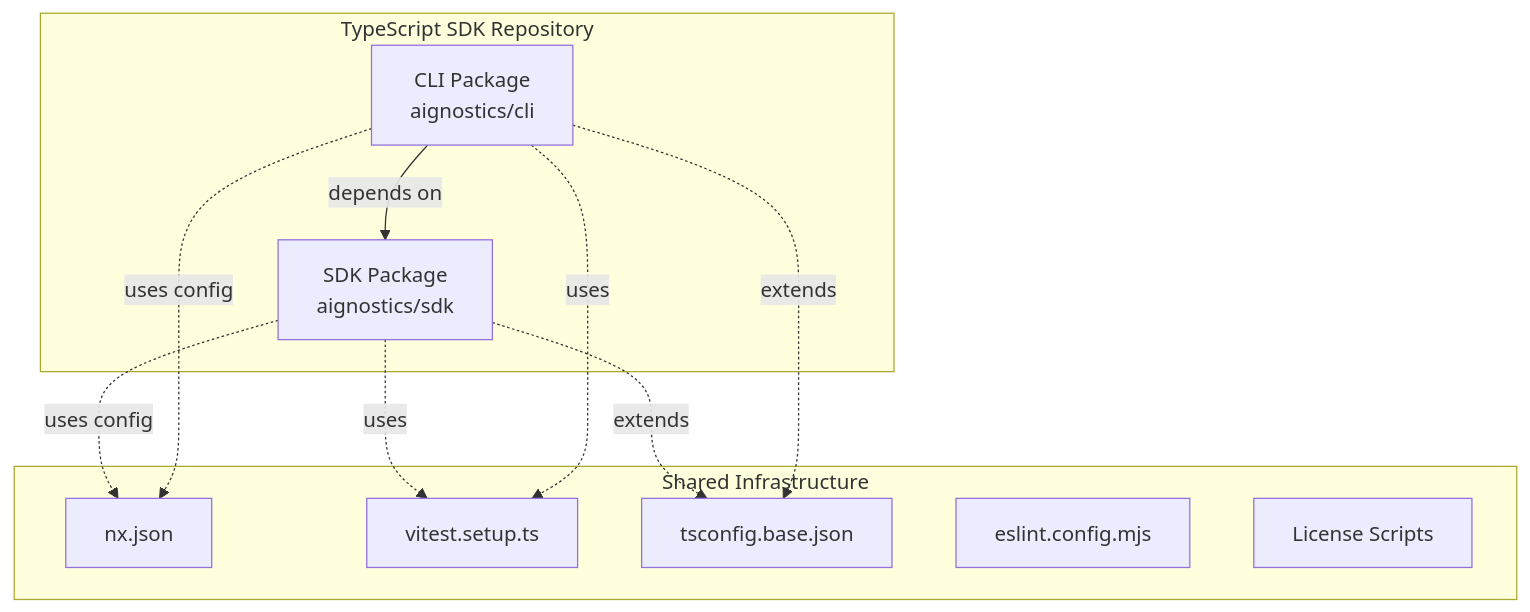
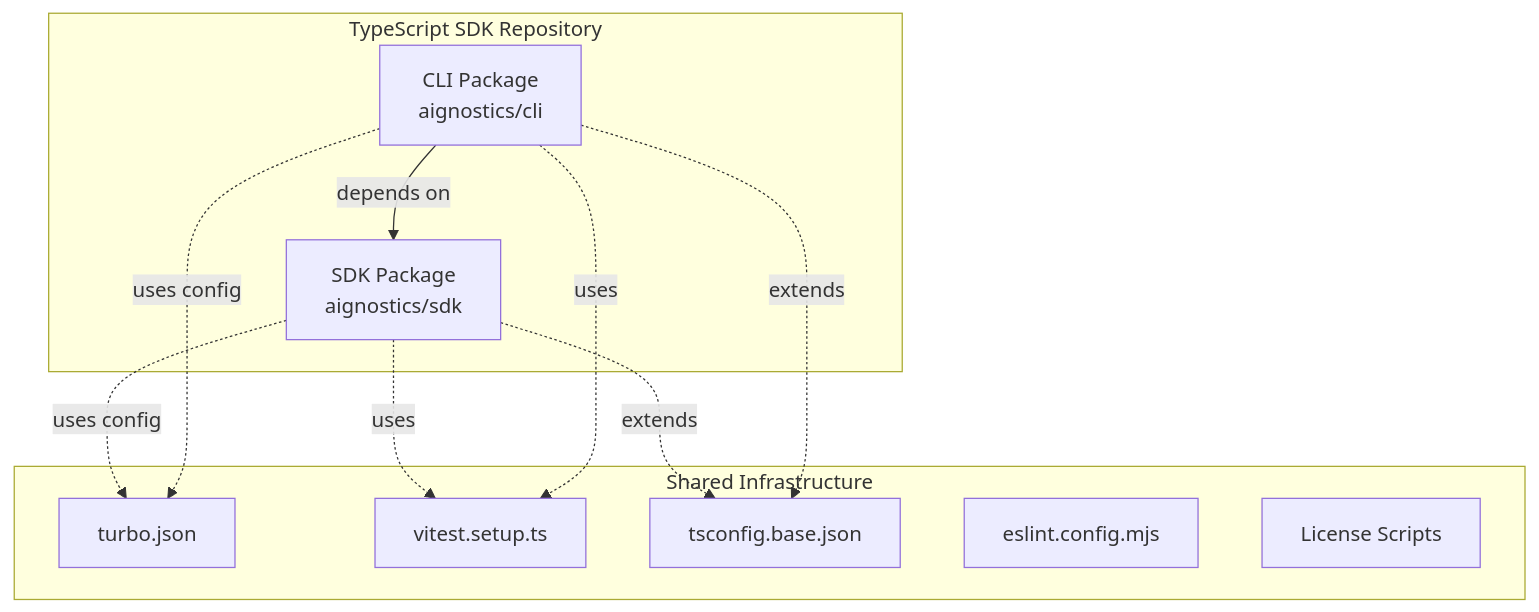
The third of 15 diagrams in docs/SOFTWARE_ARCHITECTURE.md (aignostics/typescript-sdk), drawn with Mermaid before and after one commit. The commit also changed other lines of this file and 20 other files, not shown here.

````diff
--- a/docs/SOFTWARE_ARCHITECTURE.md
+++ b/docs/SOFTWARE_ARCHITECTURE.md
@@ -213,23 +213,23 @@
 ```mermaid
 graph TB
     subgraph "TypeScript SDK Repository"
         SDK[SDK Package<br/>aignostics/sdk]
         CLI[CLI Package<br/>aignostics/cli]
     end
     
     subgraph "Shared Infrastructure"
-        NX_CONFIG[nx.json]
+        TURBO_CONFIG[turbo.json]
         VITEST[vitest.setup.ts]
         TSCONFIG[tsconfig.base.json]
         ESLINT[eslint.config.mjs]
         SCRIPTS[License Scripts]
     end
     
     CLI -->|depends on| SDK
-    SDK -.->|uses config| NX_CONFIG
-    CLI -.->|uses config| NX_CONFIG
+    SDK -.->|uses config| TURBO_CONFIG
+    CLI -.->|uses config| TURBO_CONFIG
     SDK -.->|uses| VITEST
     CLI -.->|uses| VITEST
     SDK -.->|extends| TSCONFIG
     CLI -.->|extends| TSCONFIG
 ```
````
